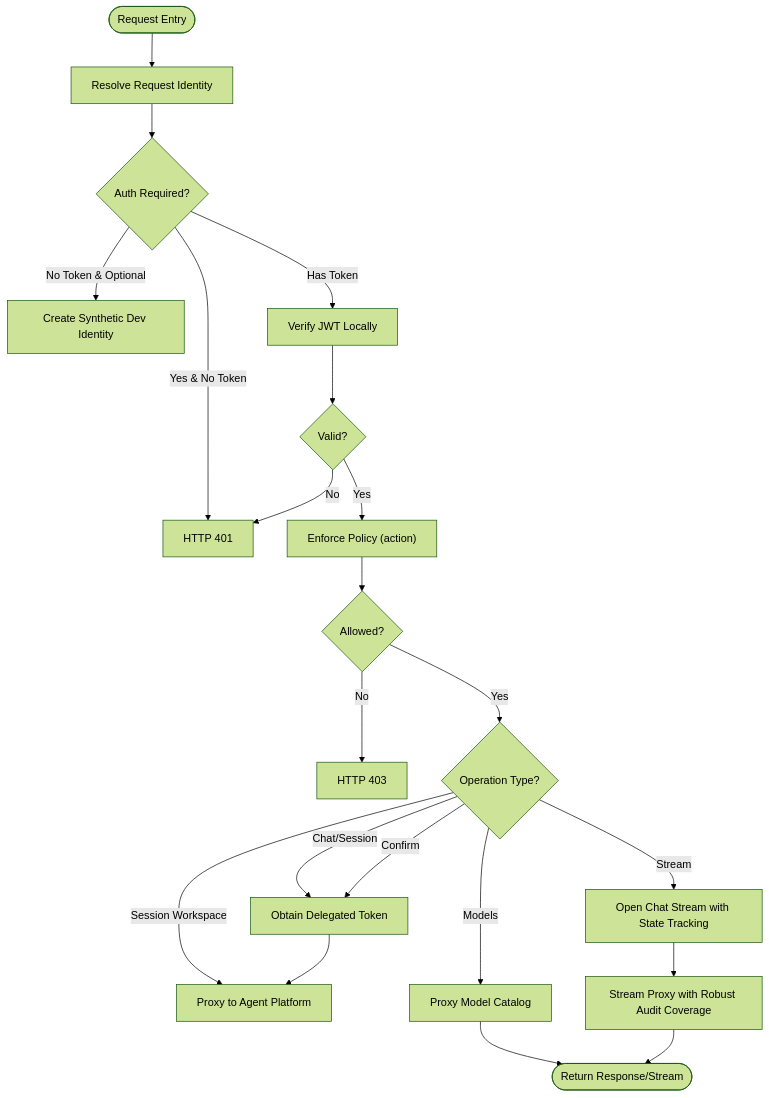
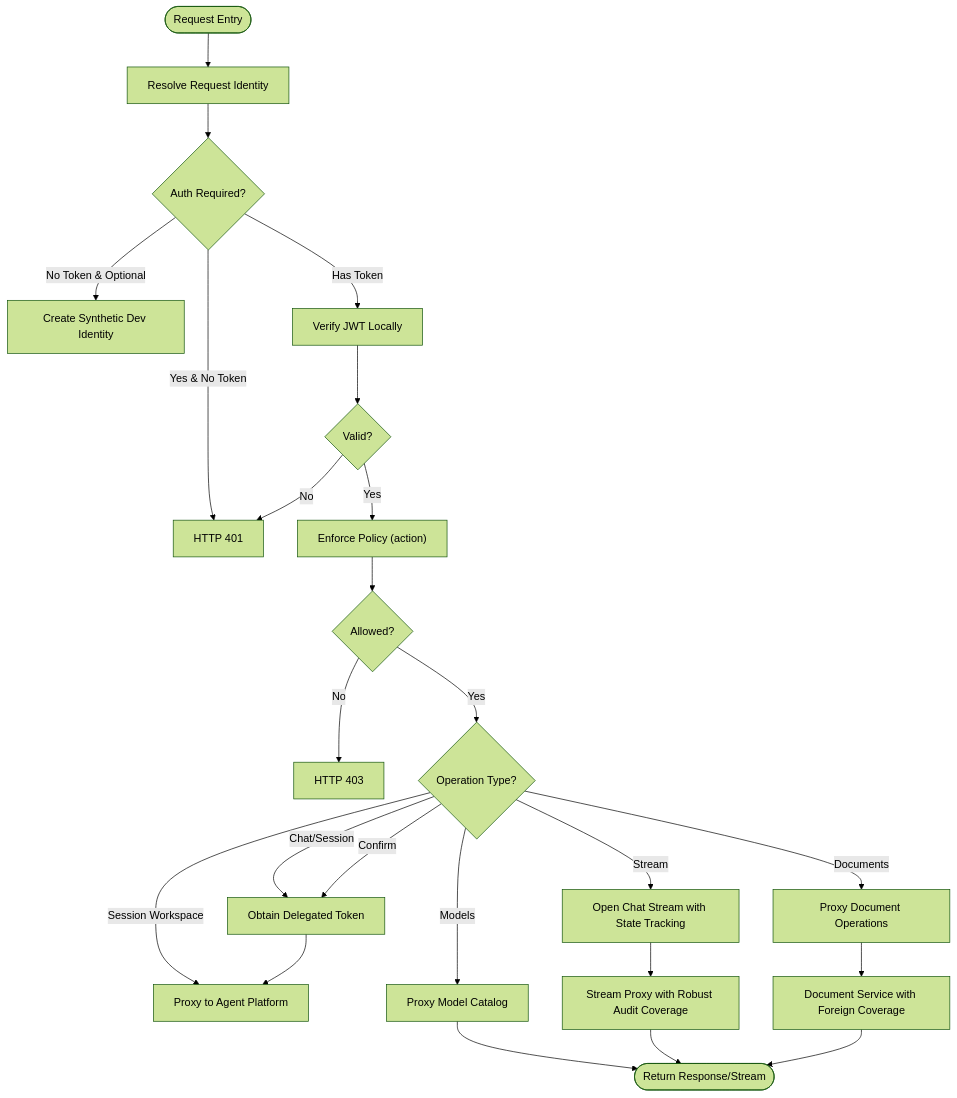
One commit to metasync/luban-aiops changed diagram 12 of 15 in .qoder/repowiki/en/content/Architecture Documentation/Platform Gateway Service.md. Above: the diagram before and after it, drawn with Mermaid (forest theme). The commit also changed other lines of this file and 101 other files, not shown here.

Commit message:
docs: refresh repowiki for SPEC-039 operations document repository delivery

````diff
--- a/.qoder/repowiki/en/content/Architecture Documentation/Platform Gateway Service.md
+++ b/.qoder/repowiki/en/content/Architecture Documentation/Platform Gateway Service.md
@@ -810,23 +875,26 @@
 ```mermaid
 flowchart TD
 Start(["Request Entry"]) --> ResolveId["Resolve Request Identity"]
 ResolveId --> AuthCheck{"Auth Required?"}
 AuthCheck --> |Yes & No Token| Deny401["HTTP 401"]
 AuthCheck --> |No Token & Optional| Synthetic["Create Synthetic Dev Identity"]
 AuthCheck --> |Has Token| Verify["Verify JWT Locally"]
 Verify --> Valid{"Valid?"}
 Valid --> |No| Deny401
 Valid --> |Yes| PolicyEnf["Enforce Policy (action)"]
 PolicyEnf --> Allowed{"Allowed?"}
 Allowed --> |No| Deny403["HTTP 403"]
 Allowed --> |Yes| CheckType{"Operation Type?"}
 CheckType --> |Chat/Session| Delegate["Obtain Delegated Token"]
 CheckType --> |Confirm| Delegate
 CheckType --> |Session Workspace| Proxy["Proxy to Agent Platform"]
+CheckType --> |Documents| DocProxy["Proxy Document Operations"]
 CheckType --> |Stream| OpenStream["Open Chat Stream with State Tracking"]
 CheckType --> |Models| ModelProxy["Proxy Model Catalog"]
 Delegate --> Proxy
+DocProxy --> DocService["Document Service with Foreign Coverage"]
 OpenStream --> StreamProxy["Stream Proxy with Robust Audit Coverage"]
 ModelProxy --> Return(["Return Response/Stream"])
 StreamProxy --> Return
+DocService --> Return
 ```
````
